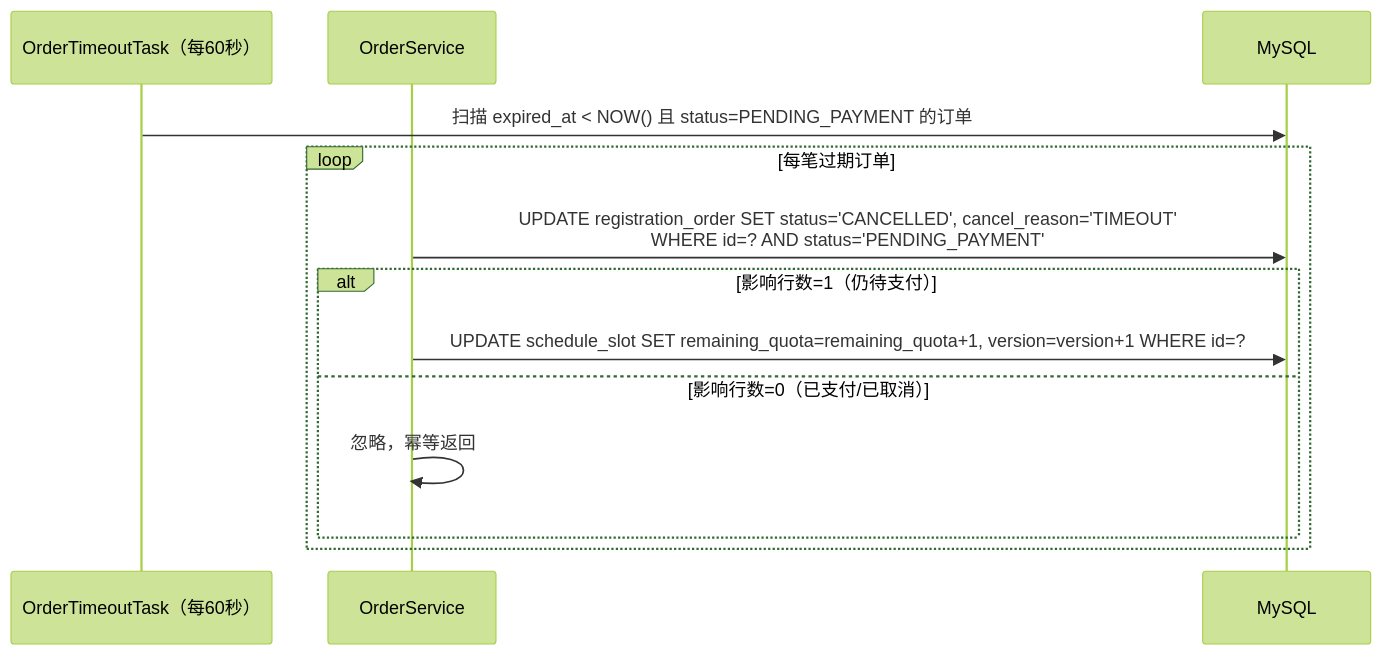
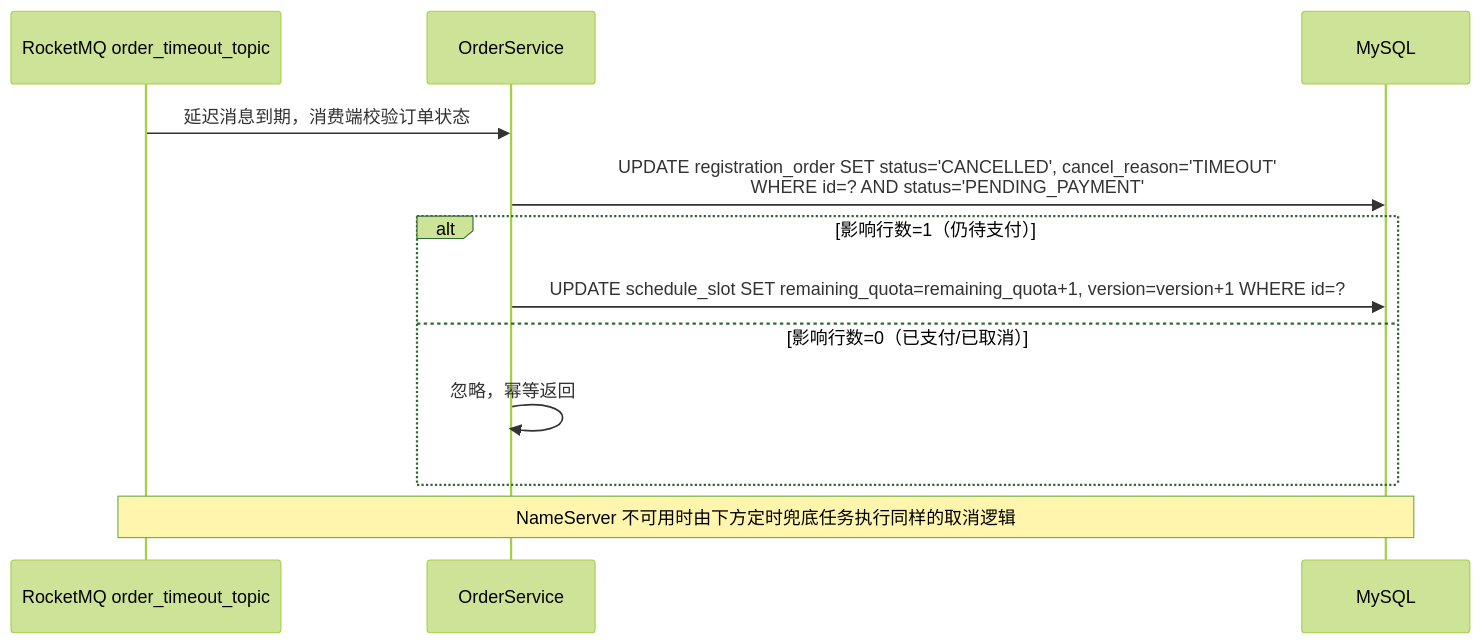
The third of 3 diagrams in docs/说明文档/02-挂号流程与订单状态机.md (coming-star/Harmony_hospital), drawn with Mermaid (forest theme) before and after one commit. The commit also changed other lines of this file and 58 other files, not shown here.

````diff
--- a/docs/说明文档/02-挂号流程与订单状态机.md
+++ b/docs/说明文档/02-挂号流程与订单状态机.md
@@ -64,16 +64,15 @@
 ```mermaid
 sequenceDiagram
-  participant Task as OrderTimeoutTask（每60秒）
+  participant MQ as RocketMQ order_timeout_topic
   participant Svc as OrderService
   participant DB as MySQL
 
-  Task->>DB: 扫描 expired_at < NOW() 且 status=PENDING_PAYMENT 的订单
-  loop 每笔过期订单
-    Svc->>DB: UPDATE registration_order SET status='CANCELLED', cancel_reason='TIMEOUT'<br/>WHERE id=? AND status='PENDING_PAYMENT'
-    alt 影响行数=1（仍待支付）
-      Svc->>DB: UPDATE schedule_slot SET remaining_quota=remaining_quota+1, version=version+1 WHERE id=?
-    else 影响行数=0（已支付/已取消）
-      Svc->>Svc: 忽略，幂等返回
-    end
+  MQ->>Svc: 延迟消息到期，消费端校验订单状态
+  Svc->>DB: UPDATE registration_order SET status='CANCELLED', cancel_reason='TIMEOUT'<br/>WHERE id=? AND status='PENDING_PAYMENT'
+  alt 影响行数=1（仍待支付）
+    Svc->>DB: UPDATE schedule_slot SET remaining_quota=remaining_quota+1, version=version+1 WHERE id=?
+  else 影响行数=0（已支付/已取消）
+    Svc->>Svc: 忽略，幂等返回
   end
+  Note over MQ,DB: NameServer 不可用时由下方定时兜底任务执行同样的取消逻辑
 ```
````
